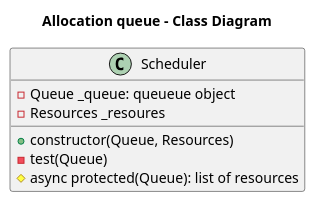
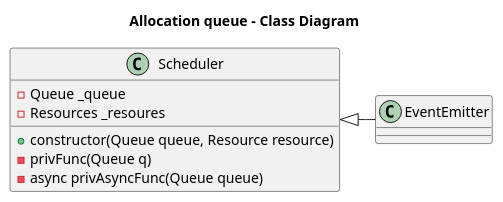
Before and after one commit to jupe/puml2code: the diagram in examples/sample.puml, drawn with PlantUML. The commit also changed 35 other files, not shown here.

Commit message:
use pegjs for plantuml parsing

```diff
--- a/examples/sample.puml
+++ b/examples/sample.puml
@@ -1,11 +1,13 @@
 @startuml
 title Allocation queue - Class Diagram
 
 class Scheduler {
-    +constructor(Queue, Resources)
-    -test(Queue)
-    #async protected(Queue): list of resources
-    -Queue _queue: queueue object
+    +constructor(Queue queue, Resource resource)
+    -privFunc(Queue q)
+    -async privAsyncFunc(Queue queue)
+    -Queue _queue
     -Resources _resoures
 }
+
+EventEmitter -left-|> Scheduler
 @enduml
```
